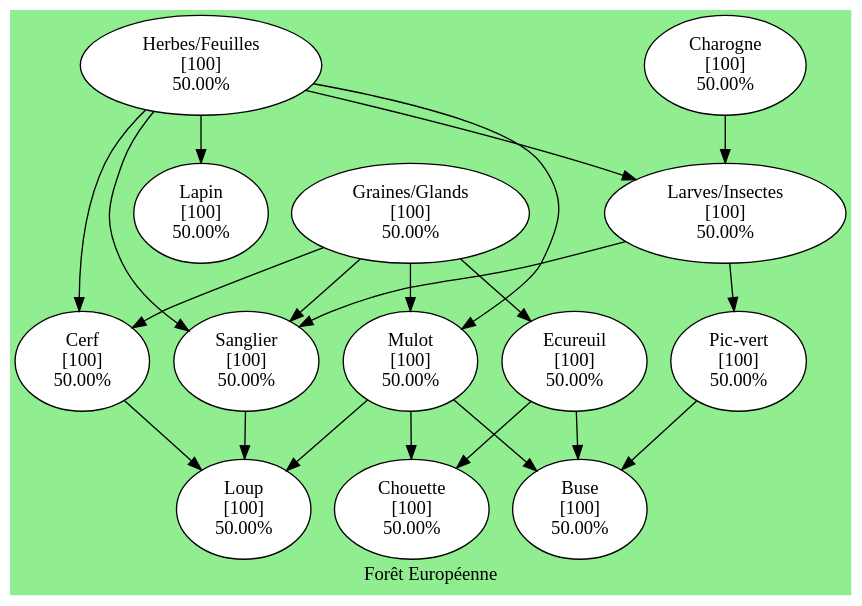
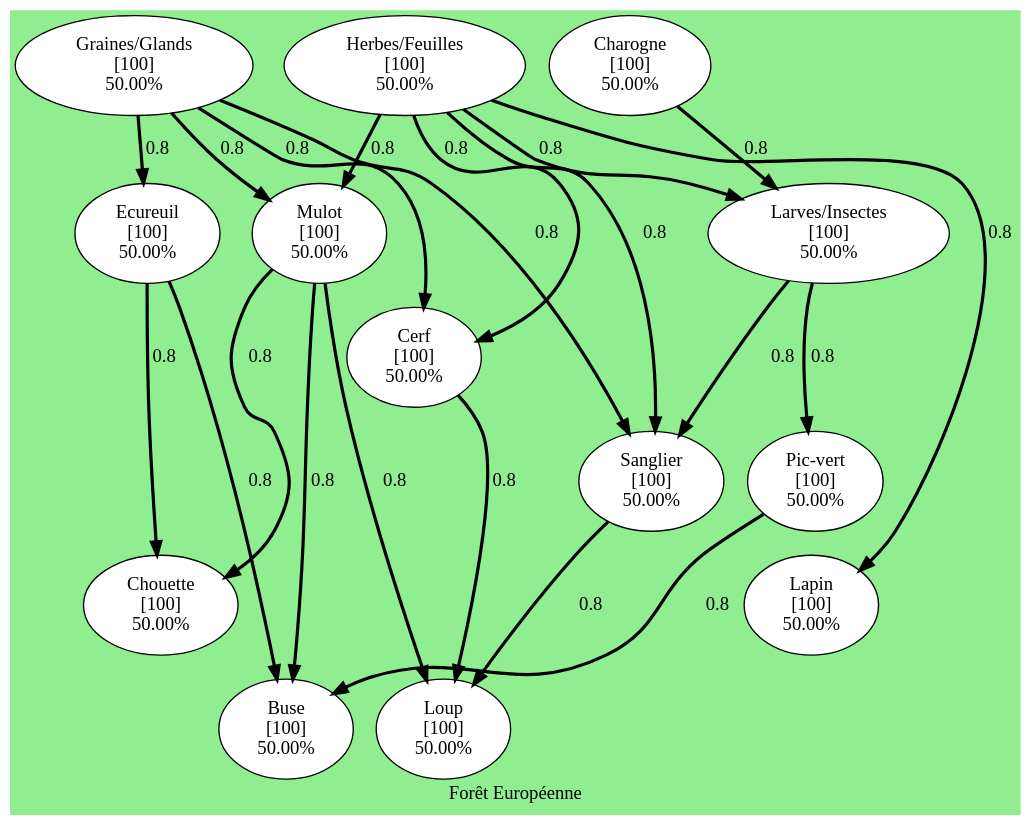
One commit to GTHBgaby/4H-ReseauxTrophiques changed the diagram in GrapheDOT/foret_europeenne.dot. Above: the diagram before and after it, drawn with Graphviz. The commit also changed 2 other files, not shown here.

```diff
--- a/GrapheDOT/foret_europeenne.dot
+++ b/GrapheDOT/foret_europeenne.dot
@@ -1,66 +1,66 @@
 digraph foret_europ {
     rankdir=TB;
     compound=true;
     newrank=true;
 
     label = "Forêt Européenne";
     bgcolor = "lightgreen";
     node [shape=ellipse, style=filled, fillcolor=white];
 
     "Ecureuil" [label="Ecureuil\n[100]\n50.00%"]
     "Graines/Glands" [label="Graines/Glands\n[100]\n50.00%"]
     "Mulot" [label="Mulot\n[100]\n50.00%"]
     "Cerf" [label="Cerf\n[100]\n50.00%"]
     "Sanglier" [label="Sanglier\n[100]\n50.00%"]
     "Larves/Insectes" [label="Larves/Insectes\n[100]\n50.00%"]
     "Herbes/Feuilles" [label="Herbes/Feuilles\n[100]\n50.00%"]
     "Lapin" [label="Lapin\n[100]\n50.00%"]
     "Charogne" [label="Charogne\n[100]\n50.00%"]
     "Pic-vert" [label="Pic-vert\n[100]\n50.00%"]
     "Chouette" [label="Chouette\n[100]\n50.00%"]
     "Buse" [label="Buse\n[100]\n50.00%"]
     "Loup" [label="Loup\n[100]\n50.00%"]
 
-     "Graines/Glands"->"Ecureuil"
-     "Graines/Glands"->"Mulot"
-     "Graines/Glands"->"Cerf"
-     "Graines/Glands"->"Sanglier"
+     "Graines/Glands"->"Ecureuil" [label="0.8", weight=0.8, penwidth=2.4]
+     "Graines/Glands"->"Mulot" [label="0.8", weight=0.8, penwidth=2.4]
+     "Graines/Glands"->"Cerf" [label="0.8", weight=0.8, penwidth=2.4]
+     "Graines/Glands"->"Sanglier" [label="0.8", weight=0.8, penwidth=2.4]
 
-     "Herbes/Feuilles"->"Larves/Insectes"
-     "Herbes/Feuilles"->"Lapin"
-     "Herbes/Feuilles"->"Mulot"
-     "Herbes/Feuilles"->"Cerf"
-     "Herbes/Feuilles"->"Sanglier"
+     "Herbes/Feuilles"->"Larves/Insectes" [label="0.8", weight=0.8, penwidth=2.4]
+     "Herbes/Feuilles"->"Lapin" [label="0.8", weight=0.8, penwidth=2.4]
+     "Herbes/Feuilles"->"Mulot" [label="0.8", weight=0.8, penwidth=2.4]
+     "Herbes/Feuilles"->"Cerf" [label="0.8", weight=0.8, penwidth=2.4]
+     "Herbes/Feuilles"->"Sanglier" [label="0.8", weight=0.8, penwidth=2.4]
 
-     "Charogne"->"Larves/Insectes"
+     "Charogne"->"Larves/Insectes" [label="0.8", weight=0.8, penwidth=2.4]
 
-     "Larves/Insectes" -> "Pic-vert"
-     "Larves/Insectes"->"Sanglier"
+     "Larves/Insectes" -> "Pic-vert" [label="0.8", weight=0.8, penwidth=2.4]
+     "Larves/Insectes"->"Sanglier" [label="0.8", weight=0.8, penwidth=2.4]
 
-     "Ecureuil"->"Chouette"
-     "Ecureuil"->"Buse"
+     "Ecureuil"->"Chouette" [label="0.8", weight=0.8, penwidth=2.4]
+     "Ecureuil"->"Buse" [label="0.8", weight=0.8, penwidth=2.4]
 
-    "Mulot"  ->"Chouette"
-    "Mulot"->"Buse"
-    "Mulot"->"Loup"
+    "Mulot"  ->"Chouette" [label="0.8", weight=0.8, penwidth=2.4]
+    "Mulot"->"Buse" [label="0.8", weight=0.8, penwidth=2.4]
+    "Mulot"->"Loup" [label="0.8", weight=0.8, penwidth=2.4]
 
-     "Pic-vert" ->"Buse"
+     "Pic-vert" ->"Buse" [label="0.8", weight=0.8, penwidth=2.4]
 
-     "Cerf" ->"Loup"
-     "Sanglier"->"Loup"
+     "Cerf" ->"Loup" [label="0.8", weight=0.8, penwidth=2.4]
+     "Sanglier"->"Loup" [label="0.8", weight=0.8, penwidth=2.4]
 
  // Force la disposition
     {rank=same; "Graines/Glands"}
     {rank=same; "Herbes/Feuilles"}
     {rank=same; "Charogne"}
     {rank=same; "Larves/Insectes"}
     {rank=same; "Lapin"}
     {rank=same; "Ecureuil"}
     {rank=same; "Mulot"}
     {rank=same; "Pic-vert"}
     {rank=same; "Cerf"}
     {rank=same; "Sanglier"}
     {rank=same; "Chouette"}
     {rank=same; "Buse"}
     {rank=same; "Loup"}
 }
```
